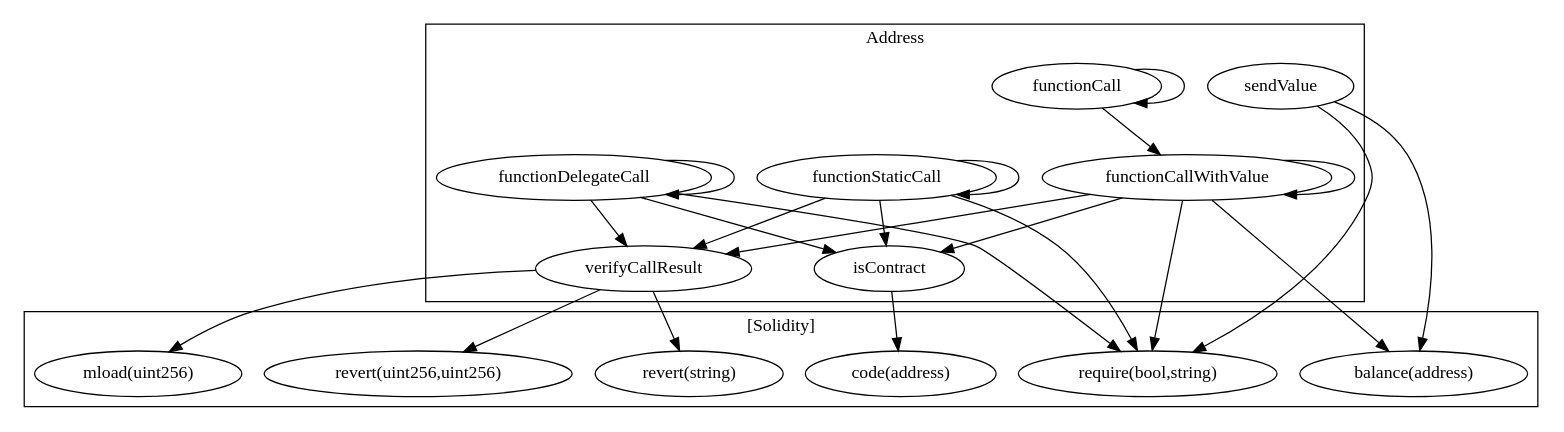
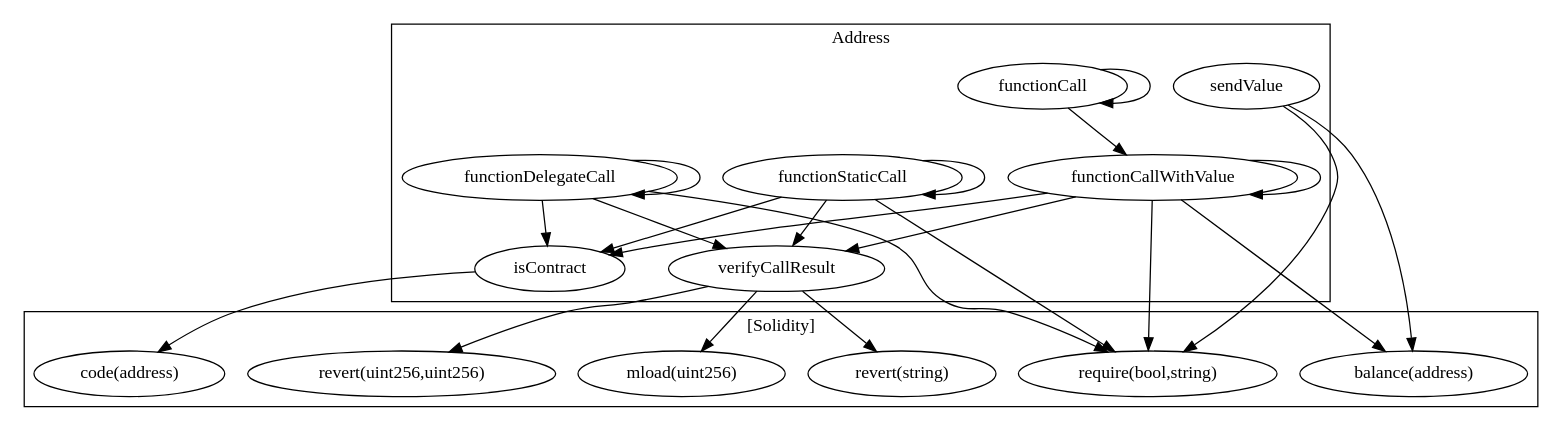
The diagram in contracts/build/...Address.call-graph.dot (FlipsideCrypto/badger), drawn with Graphviz before and after one commit. The commit also changed other lines of this file and 21 other files, not shown here.

```diff
--- a/contracts/build/...Address.call-graph.dot
+++ b/contracts/build/...Address.call-graph.dot
@@ -1,41 +1,41 @@
 strict digraph {
 subgraph cluster_2421_Address {
 label = "Address"
+"2421_functionCallWithValue" [label="functionCallWithValue"]
 "2421_sendValue" [label="sendValue"]
 "2421_functionDelegateCall" [label="functionDelegateCall"]
 "2421_functionCall" [label="functionCall"]
+"2421_isContract" [label="isContract"]
 "2421_verifyCallResult" [label="verifyCallResult"]
-"2421_isContract" [label="isContract"]
 "2421_functionStaticCall" [label="functionStaticCall"]
-"2421_functionCallWithValue" [label="functionCallWithValue"]
 "2421_functionCall" -> "2421_functionCall"
-"2421_functionDelegateCall" -> "2421_isContract"
+"2421_functionCall" -> "2421_functionCallWithValue"
 "2421_functionDelegateCall" -> "2421_verifyCallResult"
-"2421_functionDelegateCall" -> "2421_functionDelegateCall"
 "2421_functionStaticCall" -> "2421_isContract"
 "2421_functionStaticCall" -> "2421_verifyCallResult"
 "2421_functionCallWithValue" -> "2421_verifyCallResult"
-"2421_functionCallWithValue" -> "2421_functionCallWithValue"
 "2421_functionStaticCall" -> "2421_functionStaticCall"
 "2421_functionCallWithValue" -> "2421_isContract"
-"2421_functionCall" -> "2421_functionCallWithValue"
+"2421_functionDelegateCall" -> "2421_functionDelegateCall"
+"2421_functionCallWithValue" -> "2421_functionCallWithValue"
+"2421_functionDelegateCall" -> "2421_isContract"
 }subgraph cluster_solidity {
 label = "[Solidity]"
-"code(address)" 
+"mload(uint256)" 
 "balance(address)" 
-"mload(uint256)" 
+"revert(string)" 
 "require(bool,string)" 
 "revert(uint256,uint256)" 
-"revert(string)" 
+"code(address)" 
+"2421_sendValue" -> "require(bool,string)"
+"2421_sendValue" -> "balance(address)"
+"2421_verifyCallResult" -> "mload(uint256)"
+"2421_isContract" -> "code(address)"
+"2421_functionCallWithValue" -> "balance(address)"
+"2421_functionCallWithValue" -> "require(bool,string)"
+"2421_functionStaticCall" -> "require(bool,string)"
+"2421_functionDelegateCall" -> "require(bool,string)"
 "2421_verifyCallResult" -> "revert(string)"
-"2421_functionDelegateCall" -> "require(bool,string)"
 "2421_verifyCallResult" -> "revert(uint256,uint256)"
-"2421_verifyCallResult" -> "mload(uint256)"
-"2421_functionCallWithValue" -> "balance(address)"
-"2421_functionStaticCall" -> "require(bool,string)"
-"2421_sendValue" -> "balance(address)"
-"2421_functionCallWithValue" -> "require(bool,string)"
-"2421_sendValue" -> "require(bool,string)"
-"2421_isContract" -> "code(address)"
 }
 }
```
